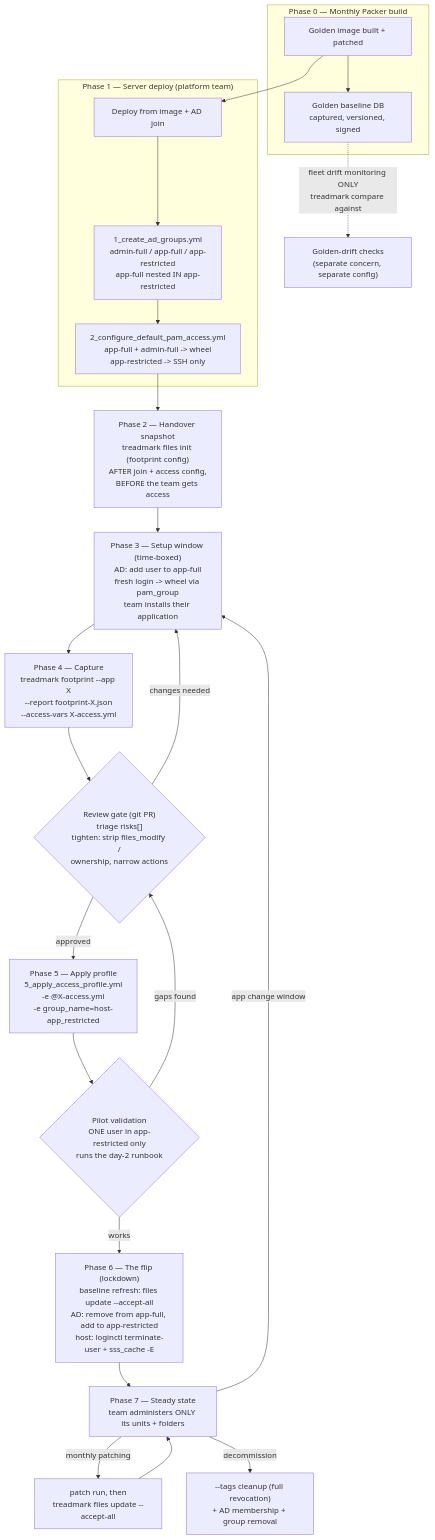
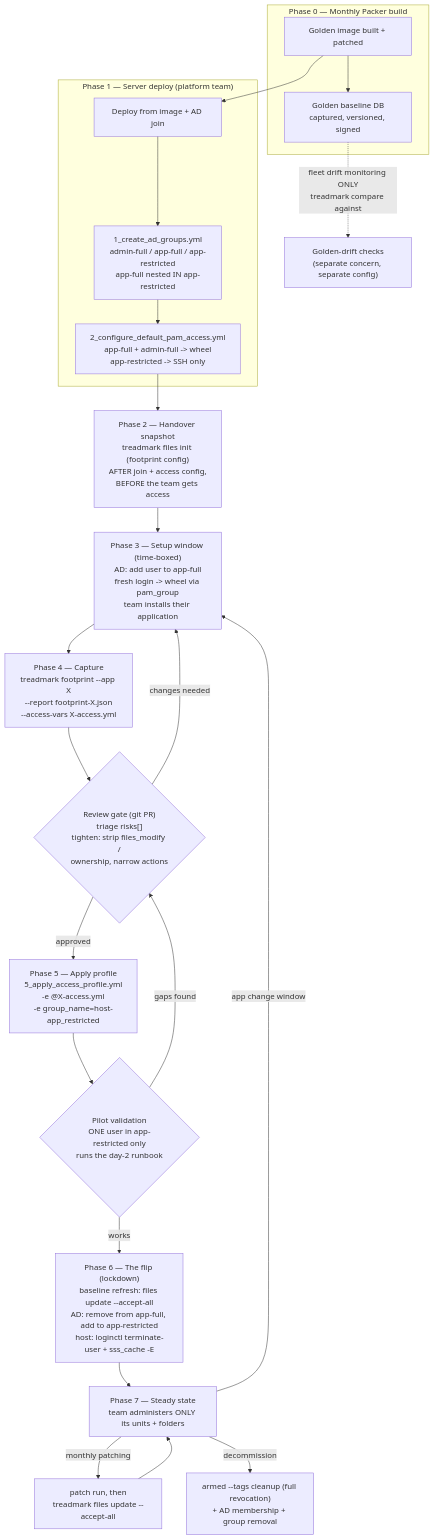
The first of 2 diagrams in docs/application-deployment-lifecycle.md (mcowser-p/ansible-declarative-access), drawn with Mermaid before and after one commit. The commit also changed other lines of this file and 33 other files, not shown here.

````diff
--- a/docs/application-deployment-lifecycle.md
+++ b/docs/application-deployment-lifecycle.md
@@ -29,26 +29,26 @@
 ```mermaid
 flowchart TD
     subgraph build["Phase 0 — Monthly Packer build"]
         P0["Golden image built + patched"] --> P1["Golden baseline DB<br/>captured, versioned, signed"]
     end
     P1 -.->|"fleet drift monitoring ONLY<br/>treadmark compare against"| DRIFT["Golden-drift checks<br/>(separate concern, separate config)"]
     subgraph deploy["Phase 1 — Server deploy (platform team)"]
         D1["Deploy from image + AD join"] --> D2["1_create_ad_groups.yml<br/>admin-full / app-full / app-restricted<br/>app-full nested IN app-restricted"]
         D2 --> D3["2_configure_default_pam_access.yml<br/>app-full + admin-full -> wheel<br/>app-restricted -> SSH only"]
     end
     P0 --> D1
     D3 --> H["Phase 2 — Handover snapshot<br/>treadmark files init (footprint config)<br/>AFTER join + access config,<br/>BEFORE the team gets access"]
     H --> S["Phase 3 — Setup window (time-boxed)<br/>AD: add user to app-full<br/>fresh login -> wheel via pam_group<br/>team installs their application"]
     S --> C["Phase 4 — Capture<br/>treadmark footprint --app X<br/>--report footprint-X.json<br/>--access-vars X-access.yml"]
     C --> R{"Review gate (git PR)<br/>triage risks[]<br/>tighten: strip files_modify /<br/>ownership, narrow actions"}
     R -->|changes needed| S
     R -->|approved| A["Phase 5 — Apply profile<br/>5_apply_access_profile.yml<br/>-e @X-access.yml<br/>-e group_name=host-app_restricted"]
     A --> V{"Pilot validation<br/>ONE user in app-restricted only<br/>runs the day-2 runbook"}
     V -->|gaps found| R
     V -->|works| F["Phase 6 — The flip (lockdown)<br/>baseline refresh: files update --accept-all<br/>AD: remove from app-full, add to app-restricted<br/>host: loginctl terminate-user + sss_cache -E"]
     F --> SS["Phase 7 — Steady state<br/>team administers ONLY its units + folders"]
     SS -->|monthly patching| PATCH["patch run, then<br/>treadmark files update --accept-all"]
     PATCH --> SS
     SS -->|app change window| S
-    SS -->|decommission| X["--tags cleanup (full revocation)<br/>+ AD membership + group removal"]
+    SS -->|decommission| X["armed --tags cleanup (full revocation)<br/>+ AD membership + group removal"]
 ```
````
